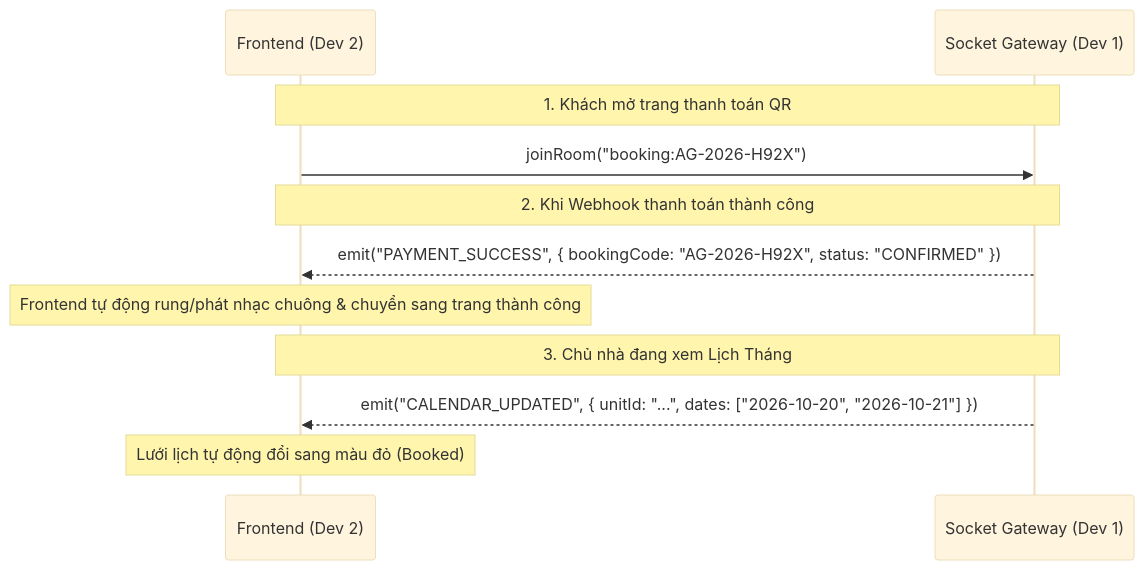
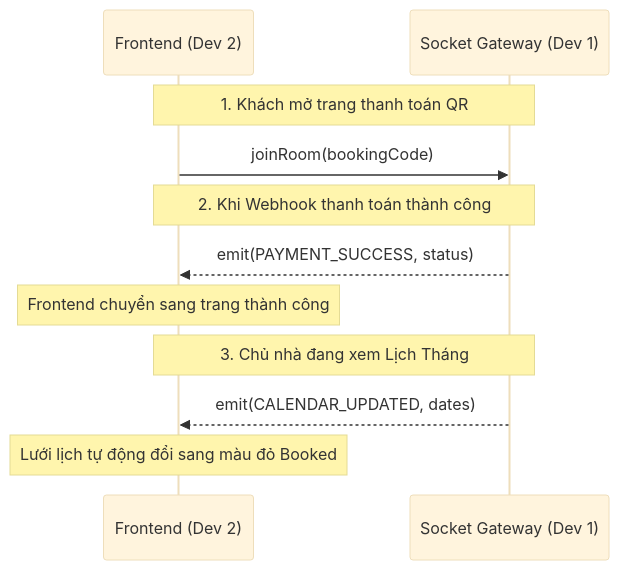
The first of 3 diagrams in 06_API_SPECS_AND_WORKFLOWS.md (Romfff/trotot), drawn with Mermaid (base theme) before and after one commit. The commit also changed other lines of this file and 6 other files, not shown here.

Commit message:
fix(docs): sua loi cu phap mermaid diagram tuong thich 100% voi github render

````diff
--- a/06_API_SPECS_AND_WORKFLOWS.md
+++ b/06_API_SPECS_AND_WORKFLOWS.md
@@ -212,16 +212,16 @@
 ```mermaid
 sequenceDiagram
     participant Client as Frontend (Dev 2)
     participant Socket as Socket Gateway (Dev 1)
 
     Note over Client,Socket: 1. Khách mở trang thanh toán QR
-    Client->>Socket: joinRoom("booking:AG-2026-H92X")
+    Client->>Socket: joinRoom(bookingCode)
     
     Note over Client,Socket: 2. Khi Webhook thanh toán thành công
-    Socket-->>Client: emit("PAYMENT_SUCCESS", { bookingCode: "AG-2026-H92X", status: "CONFIRMED" })
-    Note over Client: Frontend tự động rung/phát nhạc chuông & chuyển sang trang thành công
+    Socket-->>Client: emit(PAYMENT_SUCCESS, status)
+    Note over Client: Frontend chuyển sang trang thành công
 
     Note over Client,Socket: 3. Chủ nhà đang xem Lịch Tháng
-    Socket-->>Client: emit("CALENDAR_UPDATED", { unitId: "...", dates: ["2026-10-20", "2026-10-21"] })
-    Note over Client: Lưới lịch tự động đổi sang màu đỏ (Booked)
+    Socket-->>Client: emit(CALENDAR_UPDATED, dates)
+    Note over Client: Lưới lịch tự động đổi sang màu đỏ Booked
 ```
````
